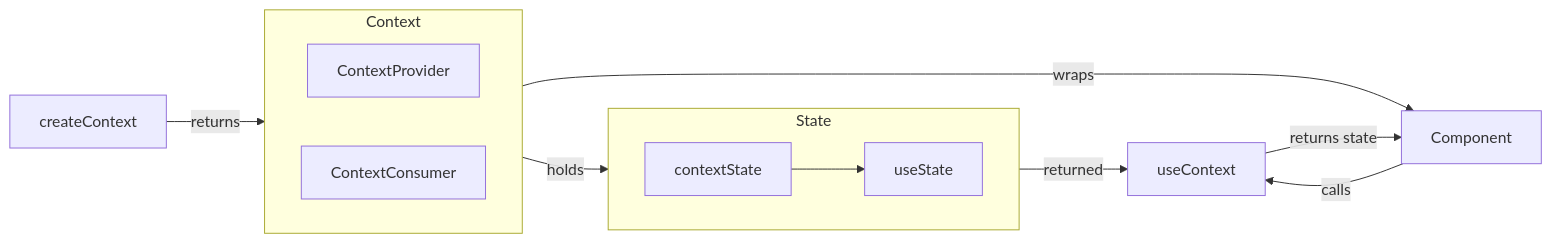
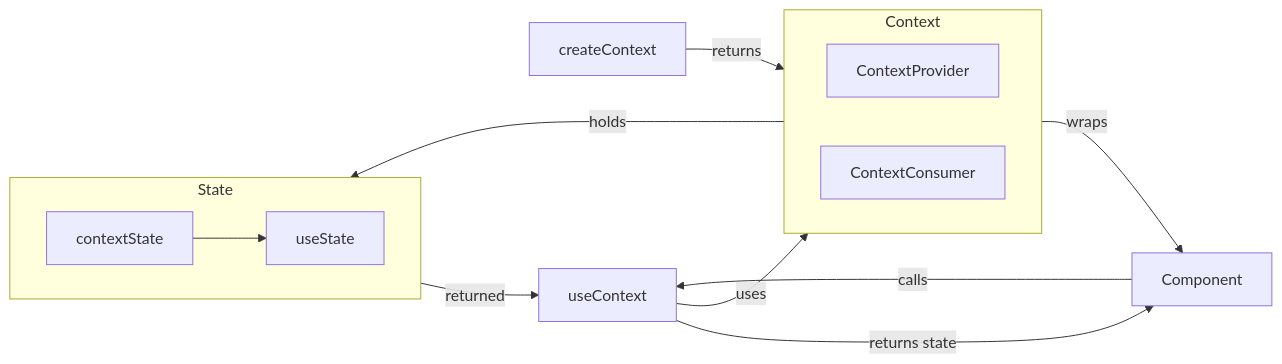
One commit to zen-code-symphony/reactconcepts changed the fifth of 6 diagrams in README.md. Above: the diagram before and after it, drawn with Mermaid.

Commit message:
docs: updated context docs.

````diff
--- a/README.md
+++ b/README.md
@@ -319,19 +319,20 @@
 ```mermaid
 flowchart LR
   subgraph Context
     direction LR
     ContextProvider
     ContextConsumer
   end
   subgraph State
     direction LR
     contextState-->useState
   end
 
   createContext--returns-->Context
   ContextProvider--holds-->useState
   ContextProvider--wraps-->Component
   Component--calls-->useContext
   contextState--returned-->useContext
   useContext--returns state-->Component
+  useContext--uses-->Context
 ```
````
